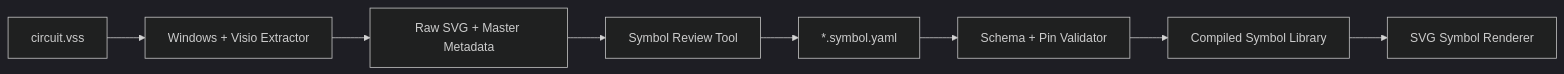
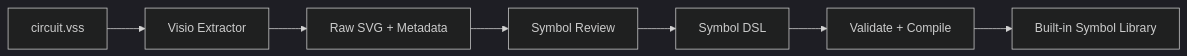
Before and after one commit to Huangshu0010/analog-canvas: the second of 2 diagrams in docs/overall-product-plan.md, drawn with Mermaid (dark theme). The commit also changed other lines of this file and 2 other files, not shown here.

Commit message:
Flatten overall circuit canvas architecture

````diff
--- a/docs/overall-product-plan.md
+++ b/docs/overall-product-plan.md
@@ -589,10 +437,9 @@
 ```mermaid
 flowchart LR
-    VSS["circuit.vss"] --> EXT["Windows + Visio Extractor"]
-    EXT --> RAW["Raw SVG + Master Metadata"]
-    RAW --> REVIEW["Symbol Review Tool"]
-    REVIEW --> YAML["*.symbol.yaml"]
-    YAML --> VALIDATE["Schema + Pin Validator"]
-    VALIDATE --> COMPILE["Compiled Symbol Library"]
-    COMPILE --> RENDER["SVG Symbol Renderer"]
+    VSS["circuit.vss"] --> EXTRACT["Visio Extractor"]
+    EXTRACT --> RAW["Raw SVG + Metadata"]
+    RAW --> REVIEW["Symbol Review"]
+    REVIEW --> DSL["Symbol DSL"]
+    DSL --> CHECK["Validate + Compile"]
+    CHECK --> BUILTIN["Built-in Symbol Library"]
 ```
````
